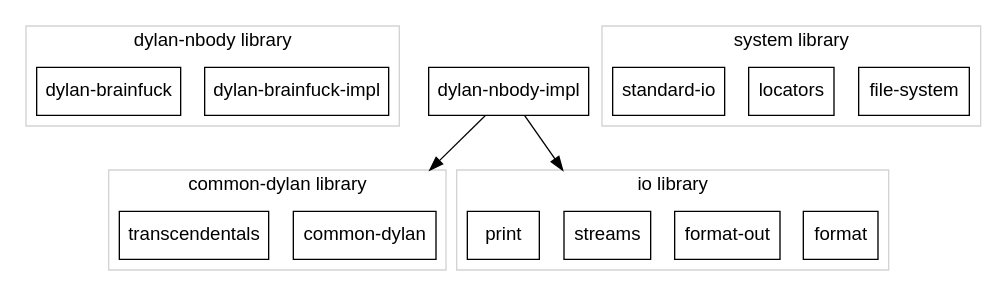
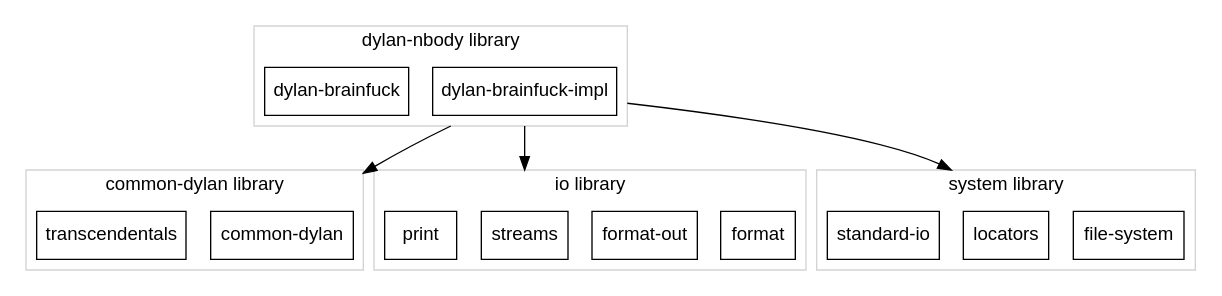
The first of 2 diagrams in documentation/source/index.rst (fraya/dylan-brainfuck), drawn with Graphviz before and after one commit. The commit also changed other lines of this file and 2 other files, not shown here.

```diff
--- a/documentation/source/index.rst
+++ b/documentation/source/index.rst
@@ -90,51 +108,52 @@
 .. graphviz::
    :caption: Libraries and modules used
 
    digraph G {
          bgcolor  = "#00000000";
 	 fontname = "Helvetica,Arial,sans-serif";
 	 ranksep  = 1.0;
 	 
          graph [compound=true];
 	 node  [fontname="Helvetica,Arial,sans-serif";shape=box;]
 	 edge  [fontname="Helvetica,Arial,sans-serif"]
 
 	
 	 subgraph cluster_dbf {
 	   color = lightgrey;
 	   label = "dylan-nbody library";
 	   "dylan-brainfuck-impl";
 	   "dylan-brainfuck";
 	 };
 	
 	 subgraph cluster_cd {
 	   color   = lightgrey;
 	   label   = "common-dylan library";
 	   rank    = same;
 	   rankdir = LR;
 	   "common-dylan";
 	   transcendentals;
          };
 	
          subgraph cluster_io {
            color = lightgrey;
 	   label = "io library";
 	   rank  = same;
 	   format;
 	   "format-out";
 	   streams;
 	   print;
 	 };
 
         subgraph cluster_system {
            color = lightgrey;
 	   label = "system library";
 	   rank  = same;
 	   "file-system";
 	   "locators";
 	   "standard-io";
 	 };	 
 
-	 "dylan-nbody-impl" -> streams        [ltail=cluster_dbf, lhead=cluster_io];
-	 "dylan-nbody-impl" -> "common-dylan" [ltail=cluster_dbf, lhead=cluster_cd];
+	 "dylan-brainfuck-impl" -> streams        [ltail=cluster_dbf, lhead=cluster_io];
+	 "dylan-brainfuck-impl" -> "common-dylan" [ltail=cluster_dbf, lhead=cluster_cd];
+	 "dylan-brainfuck-impl" -> "locators"     [ltail=cluster_dbf, lhead=cluster_system];
     }
```
